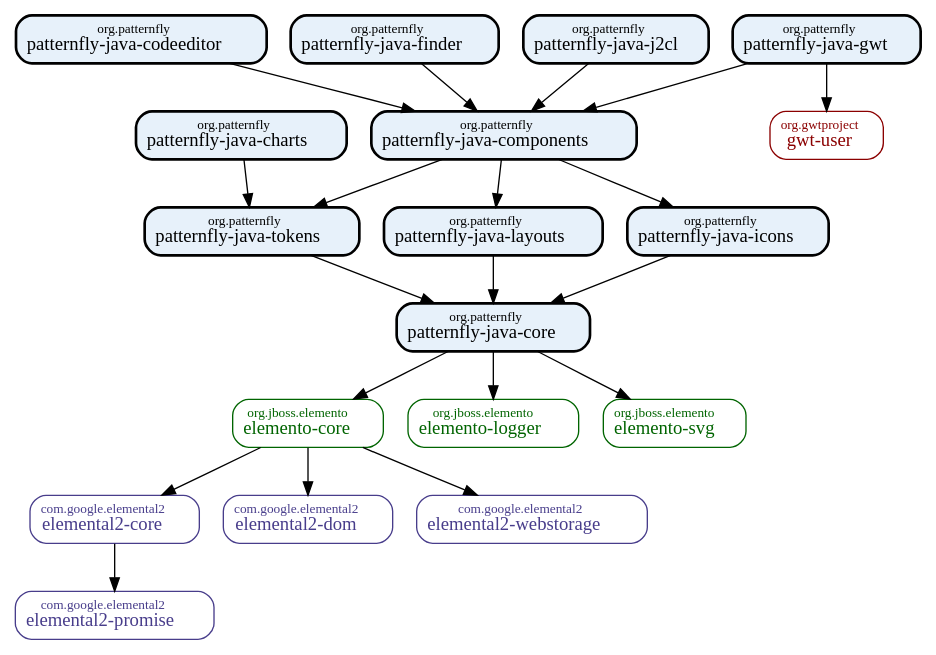
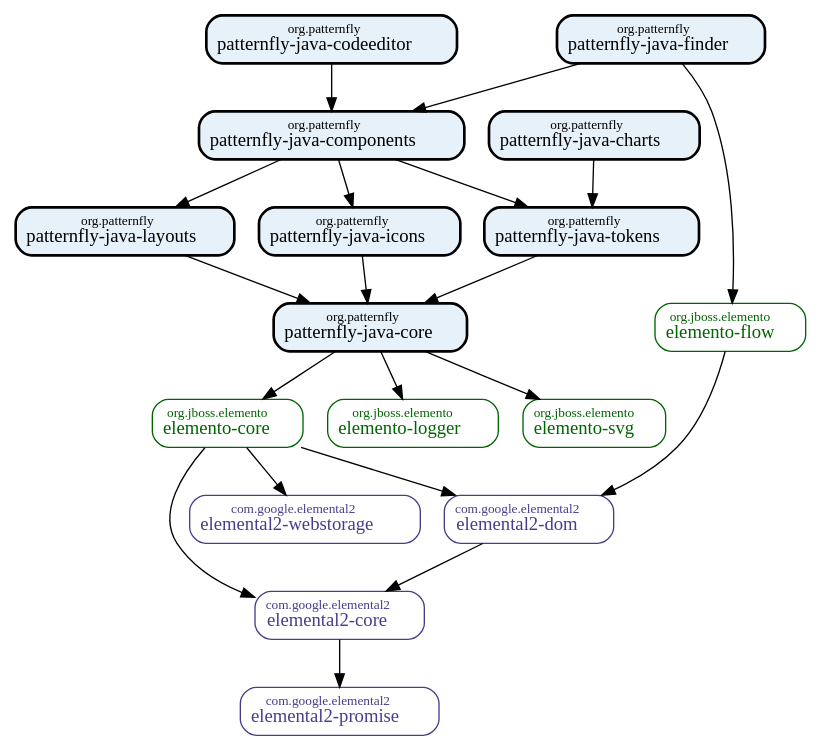
One commit to patternfly-java/patternfly-java changed the diagram in dependency-graph.dot. Above: the diagram before and after it, drawn with Graphviz. The commit also changed 6 other files, not shown here.

```diff
--- a/dependency-graph.dot
+++ b/dependency-graph.dot
@@ -1,46 +1,44 @@
 digraph "patternfly-java-parent" {
   graph [rankdir="TB"]
   node [shape="box",style="rounded",fontname="Helvetica",fontsize="14"]
   edge [fontsize="10",fontname="Helvetica"]
 
   // Node Definitions:
   "com.google.elemental2:elemental2-core:compile"[shape="box",style="rounded",color="darkslateblue",fontname="Red Hat Display",fontsize="14",fontcolor="darkslateblue",label=<<font point-size="10">com.google.elemental2</font><br/>elemental2-core>]
   "com.google.elemental2:elemental2-promise:compile"[shape="box",style="rounded",color="darkslateblue",fontname="Red Hat Display",fontsize="14",fontcolor="darkslateblue",label=<<font point-size="10">com.google.elemental2</font><br/>elemental2-promise>]
   "org.jboss.elemento:elemento-core:compile"[shape="box",style="rounded",color="darkgreen",fontname="Red Hat Display",fontsize="14",fontcolor="darkgreen",label=<<font point-size="10">org.jboss.elemento</font><br/>elemento-core>]
   "com.google.elemental2:elemental2-dom:compile"[shape="box",style="rounded",color="darkslateblue",fontname="Red Hat Display",fontsize="14",fontcolor="darkslateblue",label=<<font point-size="10">com.google.elemental2</font><br/>elemental2-dom>]
   "com.google.elemental2:elemental2-webstorage:compile"[shape="box",style="rounded",color="darkslateblue",fontname="Red Hat Display",fontsize="14",fontcolor="darkslateblue",label=<<font point-size="10">com.google.elemental2</font><br/>elemental2-webstorage>]
   "org.patternfly:patternfly-java-core:compile"[shape="box",style="filled,bold,rounded",fillcolor="#E7F1FA",fontname="Red Hat Display",fontsize="14",label=<<font point-size="10">org.patternfly</font><br/>patternfly-java-core>]
   "org.jboss.elemento:elemento-logger:compile"[shape="box",style="rounded",color="darkgreen",fontname="Red Hat Display",fontsize="14",fontcolor="darkgreen",label=<<font point-size="10">org.jboss.elemento</font><br/>elemento-logger>]
   "org.jboss.elemento:elemento-svg:compile"[shape="box",style="rounded",color="darkgreen",fontname="Red Hat Display",fontsize="14",fontcolor="darkgreen",label=<<font point-size="10">org.jboss.elemento</font><br/>elemento-svg>]
   "org.patternfly:patternfly-java-tokens:compile"[shape="box",style="filled,bold,rounded",fillcolor="#E7F1FA",fontname="Red Hat Display",fontsize="14",label=<<font point-size="10">org.patternfly</font><br/>patternfly-java-tokens>]
   "org.patternfly:patternfly-java-charts:compile"[shape="box",style="filled,bold,rounded",fillcolor="#E7F1FA",fontname="Red Hat Display",fontsize="14",label=<<font point-size="10">org.patternfly</font><br/>patternfly-java-charts>]
   "org.patternfly:patternfly-java-layouts:compile"[shape="box",style="filled,bold,rounded",fillcolor="#E7F1FA",fontname="Red Hat Display",fontsize="14",label=<<font point-size="10">org.patternfly</font><br/>patternfly-java-layouts>]
   "org.patternfly:patternfly-java-icons:compile"[shape="box",style="filled,bold,rounded",fillcolor="#E7F1FA",fontname="Red Hat Display",fontsize="14",label=<<font point-size="10">org.patternfly</font><br/>patternfly-java-icons>]
   "org.patternfly:patternfly-java-components:compile"[shape="box",style="filled,bold,rounded",fillcolor="#E7F1FA",fontname="Red Hat Display",fontsize="14",label=<<font point-size="10">org.patternfly</font><br/>patternfly-java-components>]
   "org.patternfly:patternfly-java-codeeditor:compile"[shape="box",style="filled,bold,rounded",fillcolor="#E7F1FA",fontname="Red Hat Display",fontsize="14",label=<<font point-size="10">org.patternfly</font><br/>patternfly-java-codeeditor>]
   "org.patternfly:patternfly-java-finder:compile"[shape="box",style="filled,bold,rounded",fillcolor="#E7F1FA",fontname="Red Hat Display",fontsize="14",label=<<font point-size="10">org.patternfly</font><br/>patternfly-java-finder>]
-  "org.patternfly:patternfly-java-gwt:compile"[shape="box",style="filled,bold,rounded",fillcolor="#E7F1FA",fontname="Red Hat Display",fontsize="14",label=<<font point-size="10">org.patternfly</font><br/>patternfly-java-gwt>]
-  "org.gwtproject:gwt-user:compile"[shape="box",style="rounded",color="darkred",fontname="Red Hat Display",fontsize="14",fontcolor="darkred",label=<<font point-size="10">org.gwtproject</font><br/>gwt-user>]
-  "org.patternfly:patternfly-java-j2cl:compile"[shape="box",style="filled,bold,rounded",fillcolor="#E7F1FA",fontname="Red Hat Display",fontsize="14",label=<<font point-size="10">org.patternfly</font><br/>patternfly-java-j2cl>]
+  "org.jboss.elemento:elemento-flow:compile"[shape="box",style="rounded",color="darkgreen",fontname="Red Hat Display",fontsize="14",fontcolor="darkgreen",label=<<font point-size="10">org.jboss.elemento</font><br/>elemento-flow>]
 
   // Edge Definitions:
   "com.google.elemental2:elemental2-core:compile" -> "com.google.elemental2:elemental2-promise:compile"
   "org.jboss.elemento:elemento-core:compile" -> "com.google.elemental2:elemental2-core:compile"
   "org.jboss.elemento:elemento-core:compile" -> "com.google.elemental2:elemental2-dom:compile"
   "org.jboss.elemento:elemento-core:compile" -> "com.google.elemental2:elemental2-webstorage:compile"
   "org.patternfly:patternfly-java-core:compile" -> "org.jboss.elemento:elemento-core:compile"
   "org.patternfly:patternfly-java-core:compile" -> "org.jboss.elemento:elemento-logger:compile"
   "org.patternfly:patternfly-java-core:compile" -> "org.jboss.elemento:elemento-svg:compile"
   "org.patternfly:patternfly-java-tokens:compile" -> "org.patternfly:patternfly-java-core:compile"
   "org.patternfly:patternfly-java-charts:compile" -> "org.patternfly:patternfly-java-tokens:compile"
   "org.patternfly:patternfly-java-layouts:compile" -> "org.patternfly:patternfly-java-core:compile"
   "org.patternfly:patternfly-java-icons:compile" -> "org.patternfly:patternfly-java-core:compile"
   "org.patternfly:patternfly-java-components:compile" -> "org.patternfly:patternfly-java-layouts:compile"
   "org.patternfly:patternfly-java-components:compile" -> "org.patternfly:patternfly-java-icons:compile"
   "org.patternfly:patternfly-java-components:compile" -> "org.patternfly:patternfly-java-tokens:compile"
   "org.patternfly:patternfly-java-codeeditor:compile" -> "org.patternfly:patternfly-java-components:compile"
   "org.patternfly:patternfly-java-finder:compile" -> "org.patternfly:patternfly-java-components:compile"
-  "org.patternfly:patternfly-java-gwt:compile" -> "org.patternfly:patternfly-java-components:compile"
-  "org.patternfly:patternfly-java-gwt:compile" -> "org.gwtproject:gwt-user:compile"
-  "org.patternfly:patternfly-java-j2cl:compile" -> "org.patternfly:patternfly-java-components:compile"
+  "com.google.elemental2:elemental2-dom:compile" -> "com.google.elemental2:elemental2-core:compile"
+  "org.jboss.elemento:elemento-flow:compile" -> "com.google.elemental2:elemental2-dom:compile"
+  "org.patternfly:patternfly-java-finder:compile" -> "org.jboss.elemento:elemento-flow:compile"
 }
```
